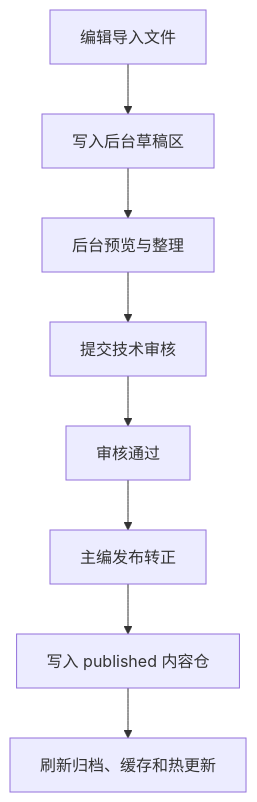
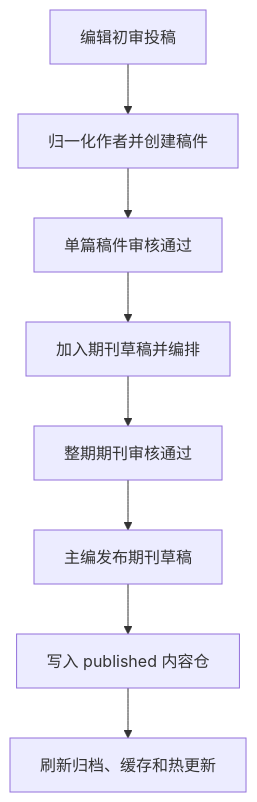
One commit to huyusong10/tech_radar_web changed the fourth of 4 diagrams in design/system-overview.md. Above: the diagram before and after it, drawn with Mermaid. The commit also changed other lines of this file and 28 other files, not shown here.

````diff
--- a/design/system-overview.md
+++ b/design/system-overview.md
@@ -58,10 +58,10 @@
 ```mermaid
 flowchart TD
-    A["编辑导入文件"] --> B["写入后台草稿区"]
-    B --> C["后台预览与整理"]
-    C --> D["提交技术审核"]
-    D --> E["审核通过"]
-    E --> F["主编发布转正"]
+    A["编辑初审投稿"] --> B["归一化作者并创建稿件"]
+    B --> C["单篇稿件审核通过"]
+    C --> D["加入期刊草稿并编排"]
+    D --> E["整期期刊审核通过"]
+    E --> F["主编发布期刊草稿"]
     F --> G["写入 published 内容仓"]
     G --> H["刷新归档、缓存和热更新"]
 ```
````
